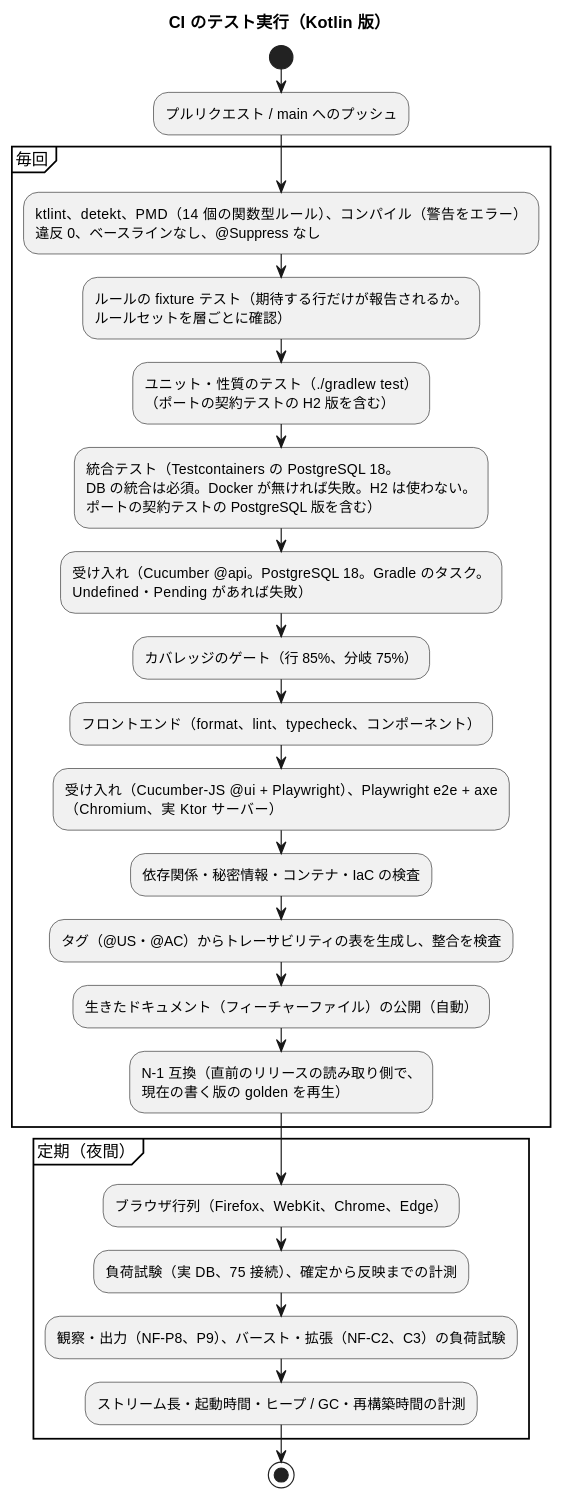
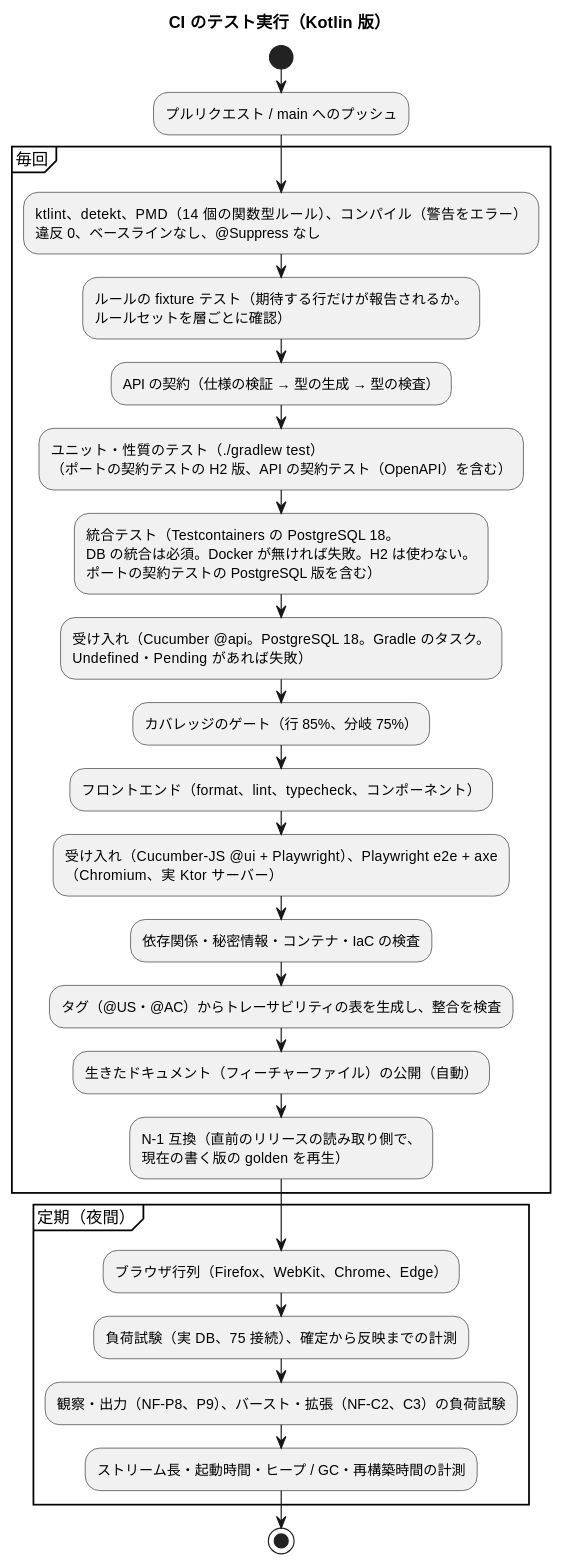
One commit to k2works/case-study-beer-game-simulation changed the second of 2 diagrams in docs/design/beer-game-kotlin/test-strategy.md. Above: the diagram before and after it, drawn with PlantUML. The commit also changed other lines of this file and 4 other files, not shown here.

First line of the commit message:
docs(beer-game-kotlin): API の契約テスト（OpenAPI）をテスト戦略とリリース計画に反映

````diff
--- a/docs/design/beer-game-kotlin/test-strategy.md
+++ b/docs/design/beer-game-kotlin/test-strategy.md
@@ -598,29 +638,30 @@
 ```plantuml
 @startuml
 title CI のテスト実行（Kotlin 版）
 
 start
 :プルリクエスト / main へのプッシュ;
 partition "毎回" {
   :ktlint、detekt、PMD（14 個の関数型ルール）、コンパイル（警告をエラー）\n違反 0、ベースラインなし、@Suppress なし;
   :ルールの fixture テスト（期待する行だけが報告されるか。\nルールセットを層ごとに確認）;
-  :ユニット・性質のテスト（./gradlew test）\n（ポートの契約テストの H2 版を含む）;
+  :API の契約（仕様の検証 → 型の生成 → 型の検査）;
+  :ユニット・性質のテスト（./gradlew test）\n（ポートの契約テストの H2 版、API の契約テスト（OpenAPI）を含む）;
   :統合テスト（Testcontainers の PostgreSQL 18。\nDB の統合は必須。Docker が無ければ失敗。H2 は使わない。\nポートの契約テストの PostgreSQL 版を含む）;
   :受け入れ（Cucumber @api。PostgreSQL 18。Gradle のタスク。\nUndefined・Pending があれば失敗）;
   :カバレッジのゲート（行 85%、分岐 75%）;
   :フロントエンド（format、lint、typecheck、コンポーネント）;
   :受け入れ（Cucumber-JS @ui + Playwright）、Playwright e2e + axe\n（Chromium、実 Ktor サーバー）;
   :依存関係・秘密情報・コンテナ・IaC の検査;
   :タグ（@US・@AC）からトレーサビリティの表を生成し、整合を検査;
   :生きたドキュメント（フィーチャーファイル）の公開（自動）;
   :N-1 互換（直前のリリースの読み取り側で、\n現在の書く版の golden を再生）;
 }
 partition "定期（夜間）" {
   :ブラウザ行列（Firefox、WebKit、Chrome、Edge）;
   :負荷試験（実 DB、75 接続）、確定から反映までの計測;
   :観察・出力（NF-P8、P9）、バースト・拡張（NF-C2、C3）の負荷試験;
   :ストリーム長・起動時間・ヒープ / GC・再構築時間の計測;
 }
 stop
 @enduml
 ```
````
